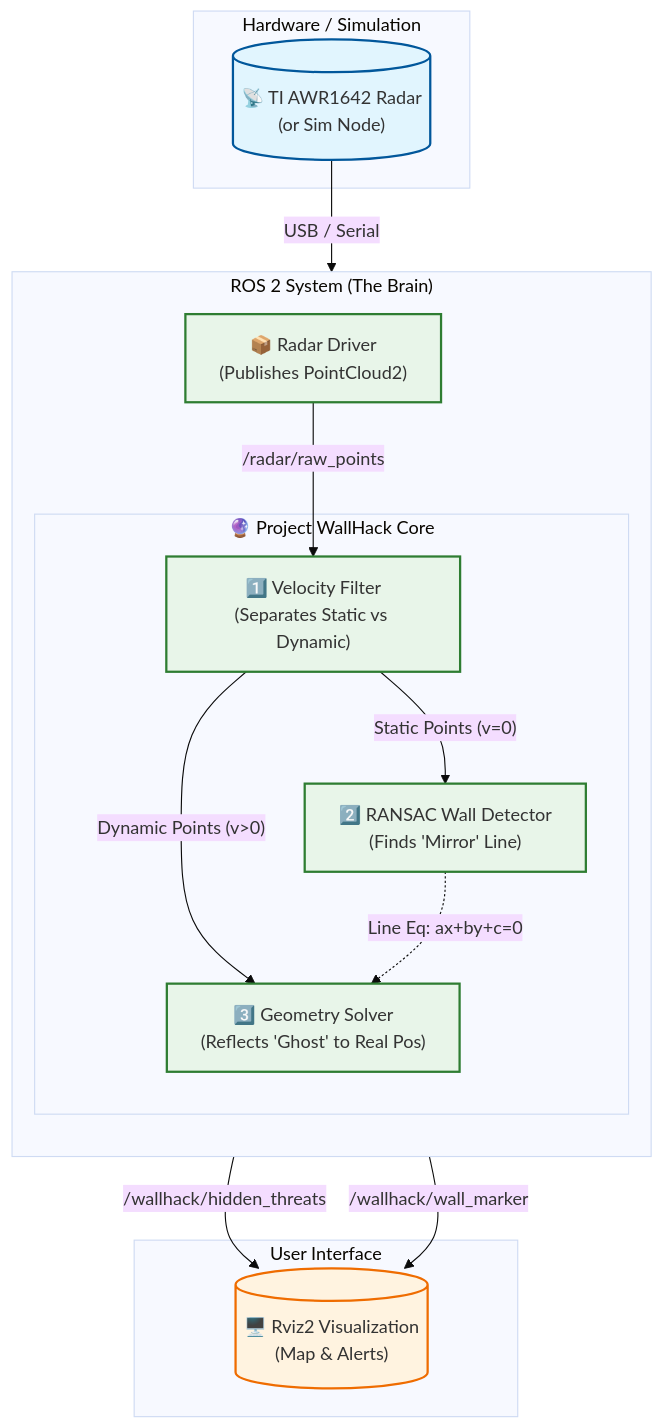
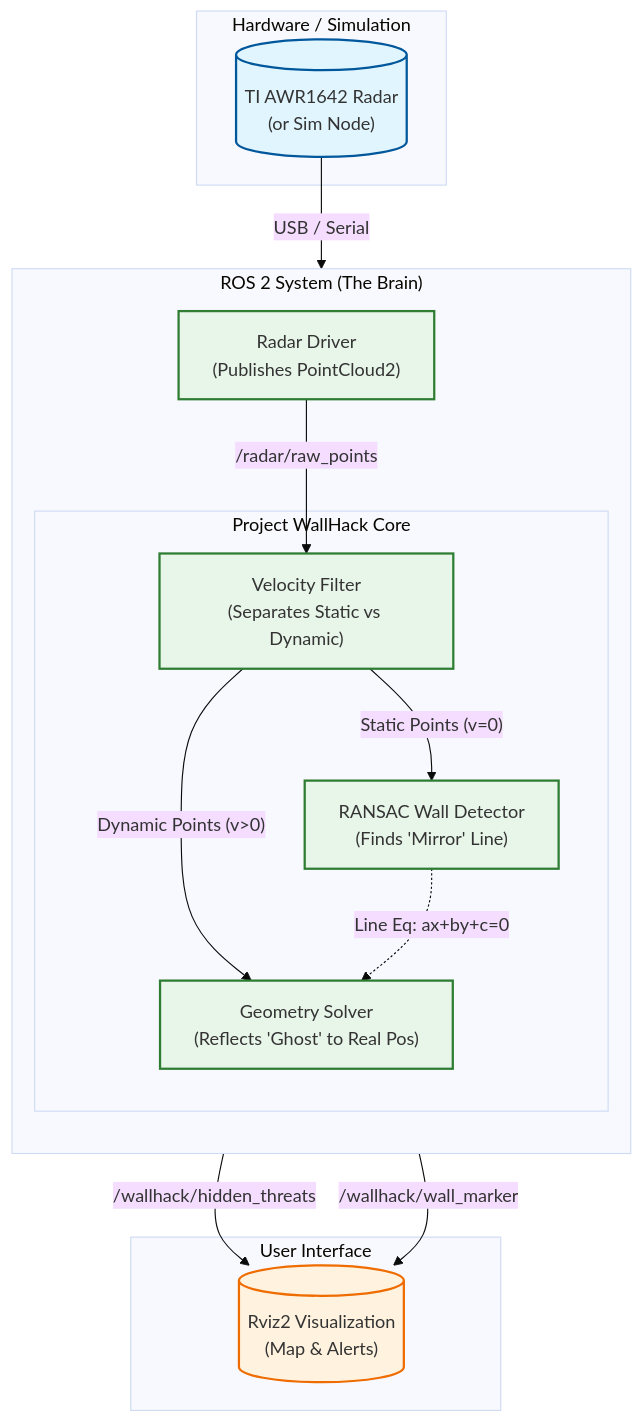
The diagram in README.md (RishabhRauthan/NLOS-Radar-Perception-ADAS), drawn with Mermaid (base theme) before and after one commit. The commit also changed other lines of this file, not shown here.

````diff
--- a/README.md
+++ b/README.md
@@ -58,50 +57,50 @@
 ```mermaid
 graph TD
     %% Hardware Layer
     subgraph Hardware ["Hardware / Simulation"]
-        Radar[("📡 TI AWR1642 Radar<br>(or Sim Node)")]
+        Radar[("TI AWR1642 Radar<br>(or Sim Node)")]
     end
 
     %% ROS 2 Middleware Layer
     subgraph ROS2 ["ROS 2 System (The Brain)"]
         direction TB
         
         %% Driver
-        Driver["📦 Radar Driver<br>(Publishes PointCloud2)"]
+        Driver["Radar Driver<br>(Publishes PointCloud2)"]
         
         %% The Core Algorithm
-        subgraph WallHack ["🔮 Project WallHack Core"]
-            Filter["1️⃣ Velocity Filter<br>(Separates Static vs Dynamic)"]
+        subgraph WallHack ["Project WallHack Core"]
+            Filter["Velocity Filter<br>(Separates Static vs Dynamic)"]
             
-            WallFit["2️⃣ RANSAC Wall Detector<br>(Finds 'Mirror' Line)"]
+            WallFit[" RANSAC Wall Detector<br>(Finds 'Mirror' Line)"]
             
-            Solver["3️⃣ Geometry Solver<br>(Reflects 'Ghost' to Real Pos)"]
+            Solver["Geometry Solver<br>(Reflects 'Ghost' to Real Pos)"]
         end
     end
 
     %% Visualization Layer
     subgraph UI ["User Interface"]
-        Rviz[("🖥️ Rviz2 Visualization<br>(Map & Alerts)")]
+        Rviz[("Rviz2 Visualization<br>(Map & Alerts)")]
     end
 
     %% Connections
     Radar -->|USB / Serial| Driver
     Driver -->|"/radar/raw_points"| Filter
     
     Filter -->|"Static Points (v=0)"| WallFit
     Filter -->|"Dynamic Points (v>0)"| Solver
     
     WallFit -.->|"Line Eq: ax+by+c=0"| Solver
     
     Solver -->|"/wallhack/hidden_threats"| Rviz
     WallFit -->|"/wallhack/wall_marker"| Rviz
 
     %% Styling
     classDef hardware fill:#e1f5fe,stroke:#01579b,stroke-width:2px;
     classDef ros fill:#e8f5e9,stroke:#2e7d32,stroke-width:2px;
     classDef ui fill:#fff3e0,stroke:#ef6c00,stroke-width:2px;
     
     class Radar hardware;
     class Driver,Filter,WallFit,Solver ros;
     class Rviz ui;
 ```
````
